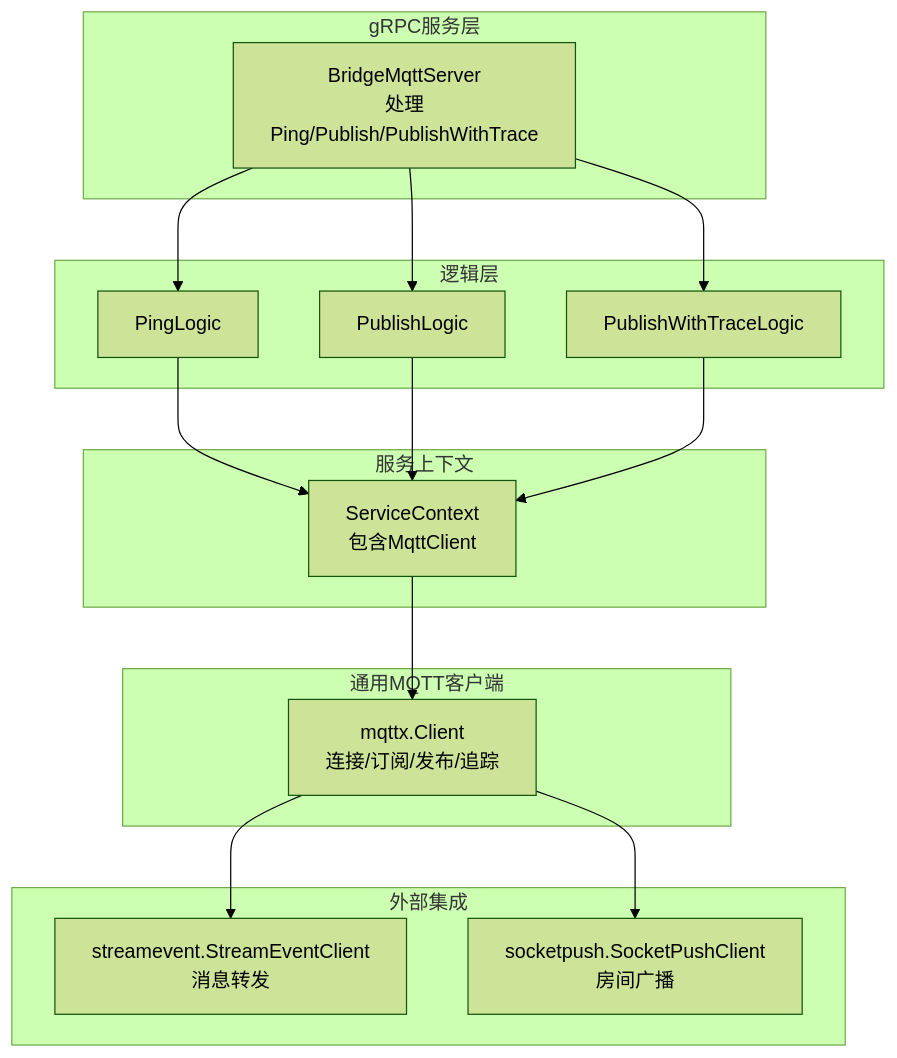
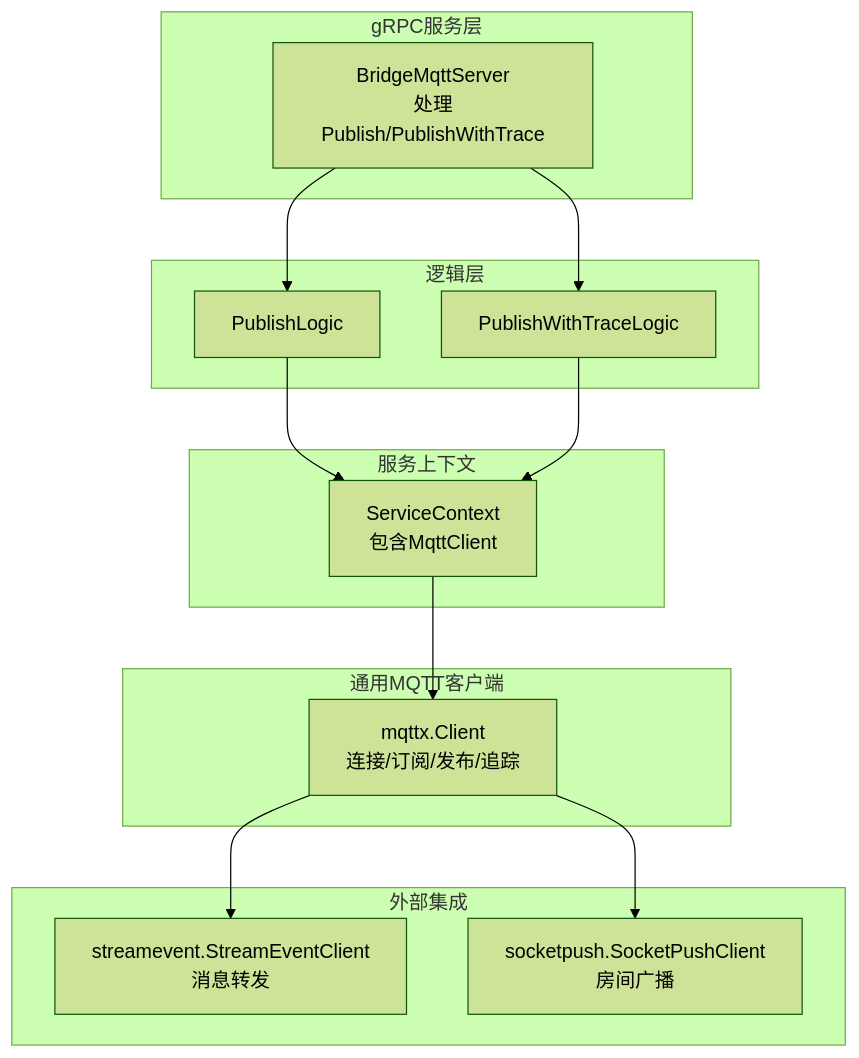
One commit to maomao94/zero-service changed the first of 3 diagrams in .qoder/repowiki/zh/content/API参考文档/gRPC API接口/MQTT桥接服务API.md. Above: the diagram before and after it, drawn with Mermaid (forest theme). The commit also changed other lines of this file and 59 other files, not shown here.

````diff
--- a/.qoder/repowiki/zh/content/API参考文档/gRPC API接口/MQTT桥接服务API.md
+++ b/.qoder/repowiki/zh/content/API参考文档/gRPC API接口/MQTT桥接服务API.md
@@ -46,30 +55,27 @@
 ```mermaid
 graph TB
 subgraph "gRPC服务层"
-S["BridgeMqttServer<br/>处理Ping/Publish/PublishWithTrace"]
+S["BridgeMqttServer<br/>处理Publish/PublishWithTrace"]
 end
 subgraph "逻辑层"
-L1["PingLogic"]
-L2["PublishLogic"]
-L3["PublishWithTraceLogic"]
+L1["PublishLogic"]
+L2["PublishWithTraceLogic"]
 end
 subgraph "服务上下文"
 C["ServiceContext<br/>包含MqttClient"]
 end
 subgraph "通用MQTT客户端"
 M["mqttx.Client<br/>连接/订阅/发布/追踪"]
 end
 subgraph "外部集成"
 E["streamevent.StreamEventClient<br/>消息转发"]
 P["socketpush.SocketPushClient<br/>房间广播"]
 end
 S --> L1
 S --> L2
-S --> L3
 L1 --> C
 L2 --> C
-L3 --> C
 C --> M
 M --> E
 M --> P
 ```
````
